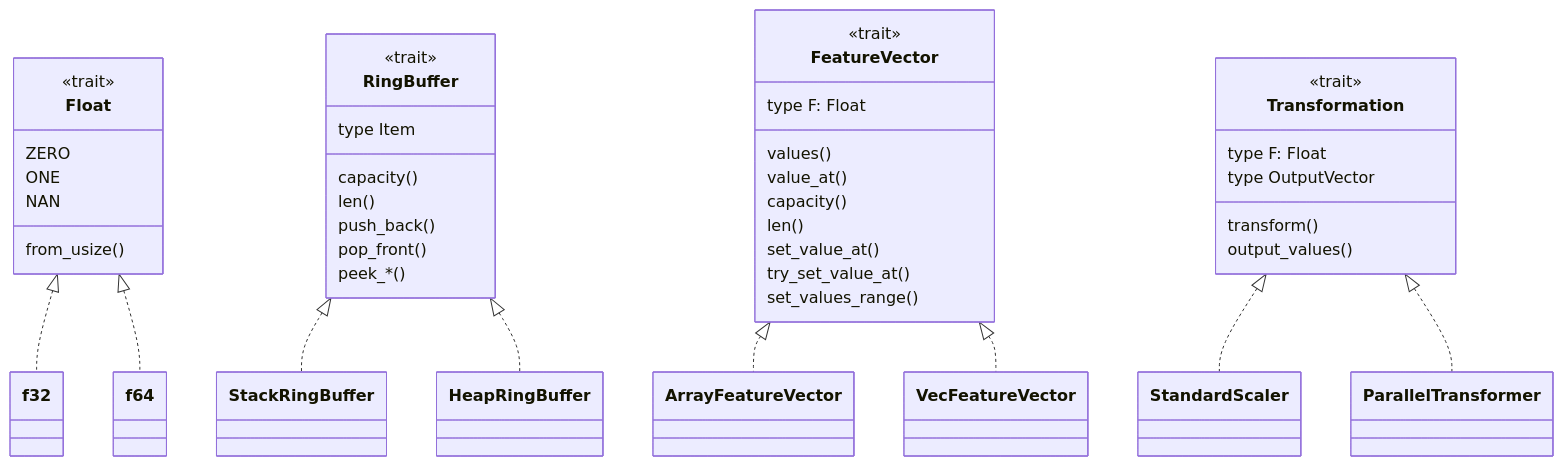
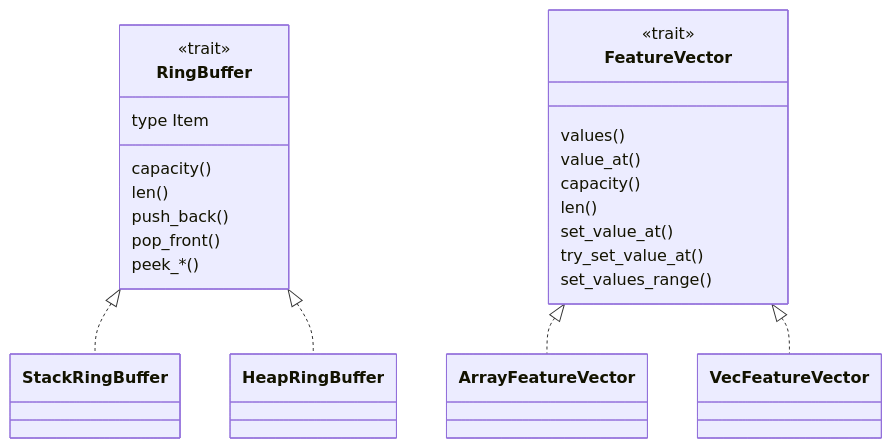
The second of 7 diagrams in docs/project-schema.md (pbezglasny/fiml), drawn with Mermaid before and after one commit. The commit also changed other lines of this file and 36 other files, not shown here.

````diff
--- a/docs/project-schema.md
+++ b/docs/project-schema.md
@@ -49,48 +49,28 @@
 ```mermaid
 classDiagram
-    class Float {
-        <<trait>>
-        ZERO
-        ONE
-        NAN
-        from_usize()
-    }
-    Float <|.. f32
-    Float <|.. f64
-
     class RingBuffer {
         <<trait>>
         type Item
         capacity()
         len()
         push_back()
         pop_front()
         peek_*()
     }
     RingBuffer <|.. StackRingBuffer
     RingBuffer <|.. HeapRingBuffer
 
     class FeatureVector {
         <<trait>>
-        type F: Float
         values()
         value_at()
         capacity()
         len()
         set_value_at()
         try_set_value_at()
         set_values_range()
     }
     FeatureVector <|.. ArrayFeatureVector
     FeatureVector <|.. VecFeatureVector
 
-    class Transformation {
-        <<trait>>
-        type F: Float
-        type OutputVector
-        transform()
-        output_values()
-    }
-    Transformation <|.. StandardScaler
-    Transformation <|.. ParallelTransformer
 ```
````
